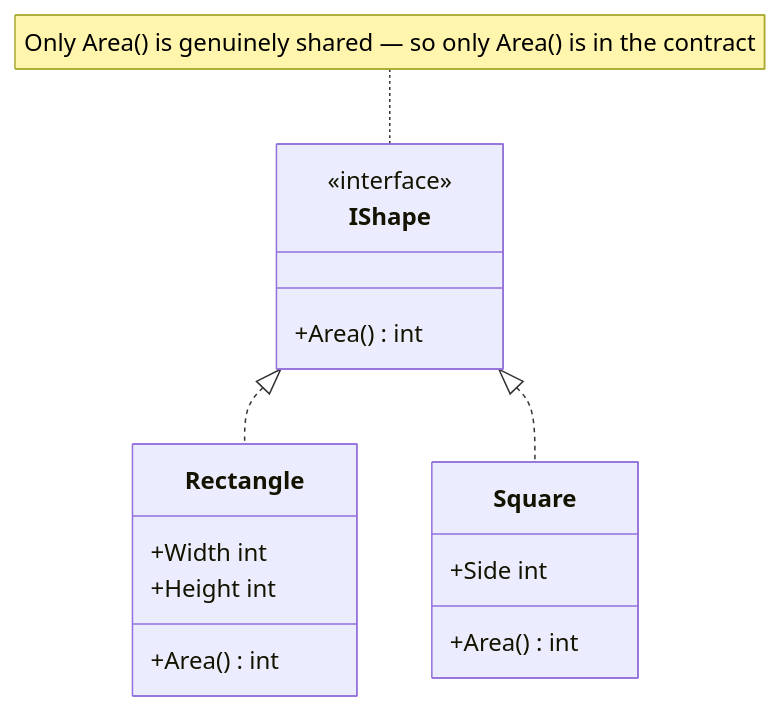
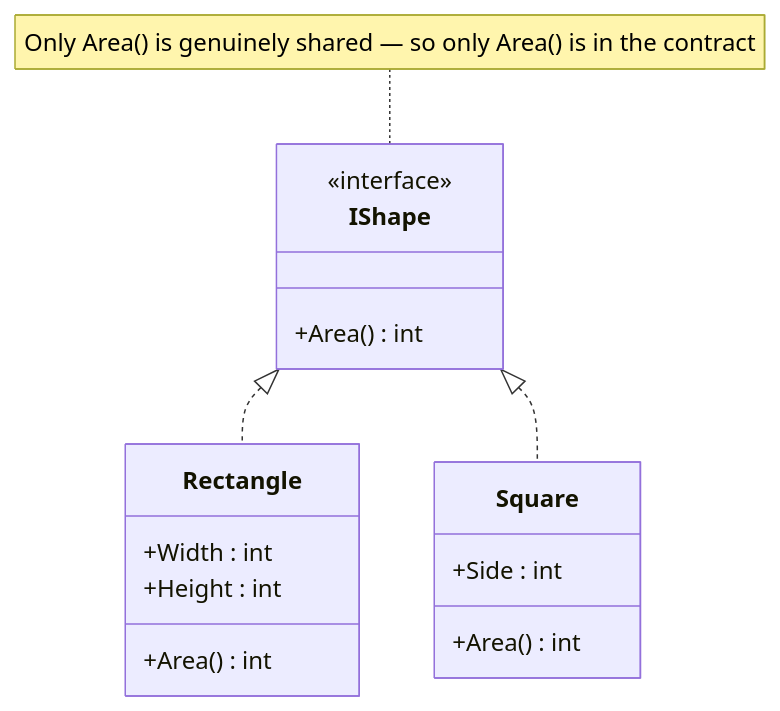
One commit to tushardongre1990/LLD-Claude changed the fifth of 8 diagrams in 00-Foundations/03-SOLID-Principles/notes.md. Above: the diagram before and after it, drawn with Mermaid. The commit also changed other lines of this file and 19 other files, not shown here.

First line of the commit message:
docs(00-Foundations): fix mermaid attribute ordering to name : type

````diff
--- a/00-Foundations/03-SOLID-Principles/notes.md
+++ b/00-Foundations/03-SOLID-Principles/notes.md
@@ -166,19 +166,19 @@
 ```mermaid
 classDiagram
     class IShape {
         <<interface>>
         +Area() int
     }
     class Rectangle {
-        +Width int
-        +Height int
+        +Width : int
+        +Height : int
         +Area() int
     }
     class Square {
-        +Side int
+        +Side : int
         +Area() int
     }
     IShape <|.. Rectangle
     IShape <|.. Square
     note for IShape "Only Area() is genuinely shared — so only Area() is in the contract"
 ```
````
